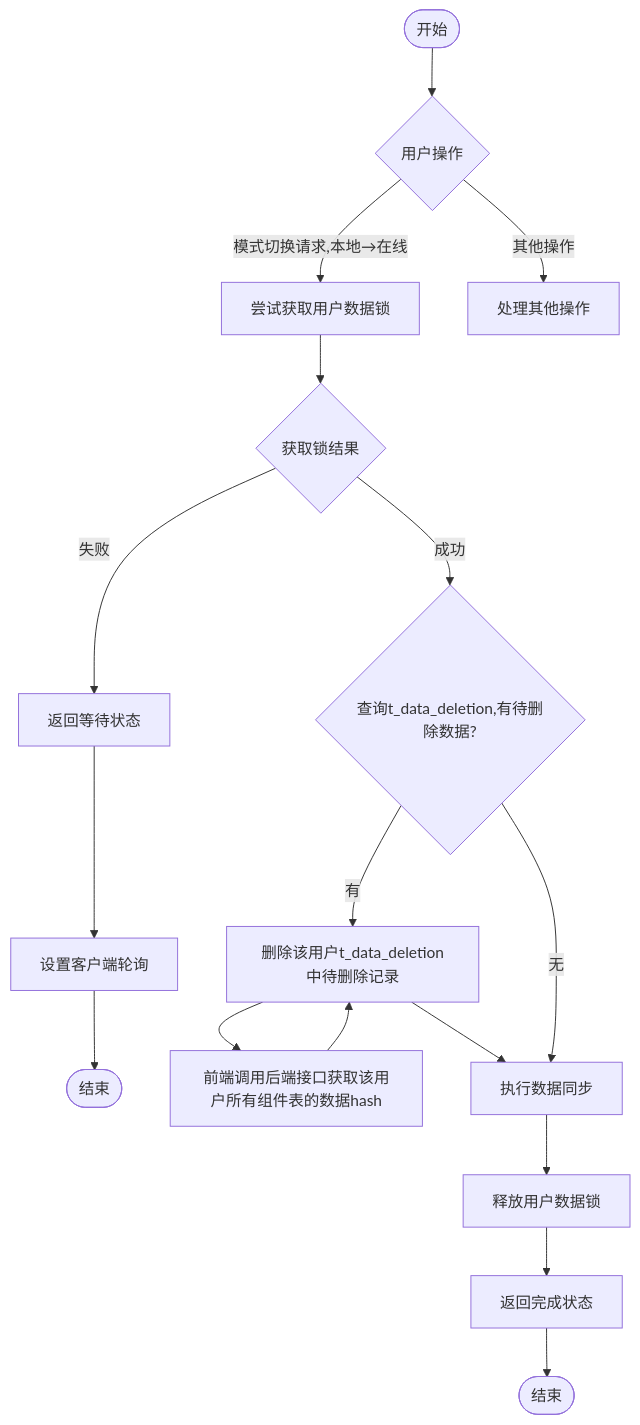
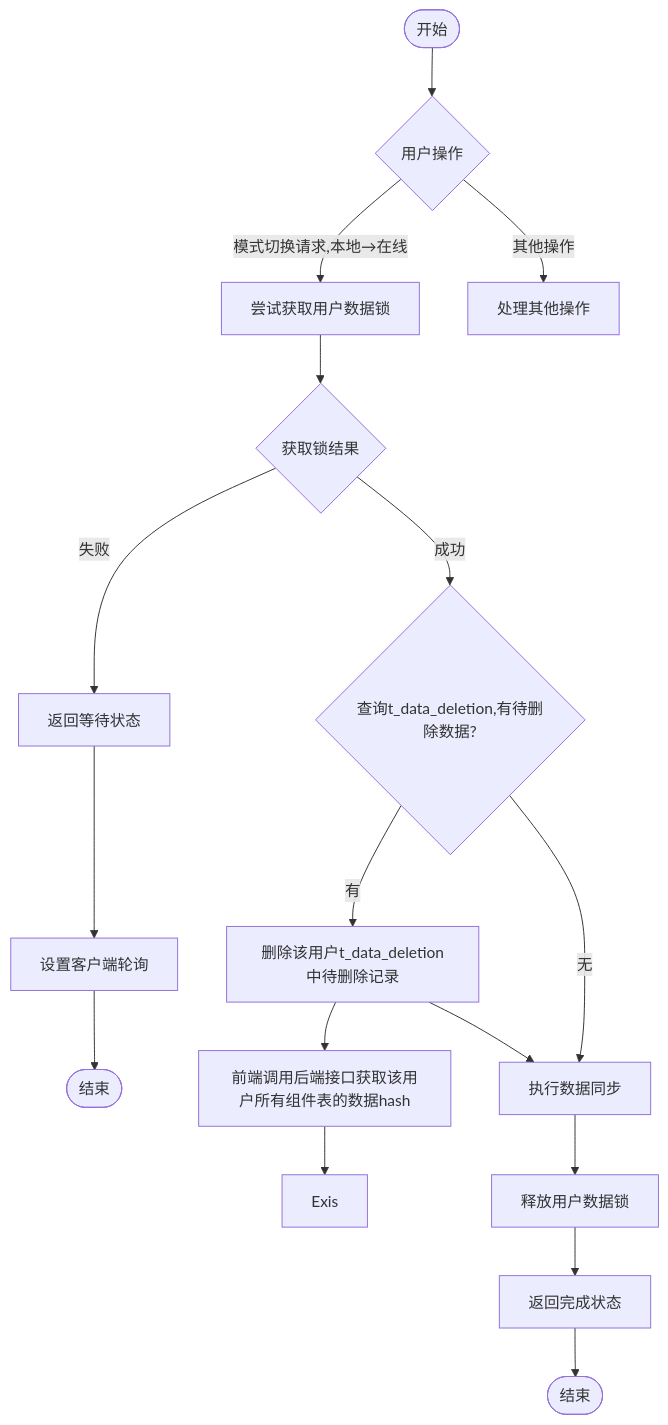
The diagram in all/未命名-57.md (yingjianzh/iodraw-files), drawn with Mermaid before and after one commit.

Commit message:
2025-05-12 11:31:35 update

````diff
--- a/all/未命名-57.md
+++ b/all/未命名-57.md
@@ -1,29 +1,29 @@
 ```mermaid
 
 flowchart TD
     %% 主要分支
     Start([开始]) --> UserAction{用户操作}
     UserAction -->|模式切换请求,本地→在线| TryLock[尝试获取用户数据锁]
     UserAction -->|其他操作| OtherOps[处理其他操作]
 
     %% 模式切换流程
     TryLock --> LockResult{获取锁结果}
     
     LockResult -->|失败| ReturnWaiting[返回等待状态]
     ReturnWaiting --> SetupPolling[设置客户端轮询]
     SetupPolling --> End1([结束])
     
     LockResult -->|成功| CheckPendingDeletion{查询t_data_deletion,有待删除数据?}
     
     CheckPendingDeletion -->|有| RemoveDeletionRecords[删除该用户t_data_deletion中待删除记录]
     RemoveDeletionRecords --> FrontGetComponentTableHash[前端调用后端接口获取该用户所有组件表的数据hash]
-    FrontGetComponentTableHash -->
+    FrontGetComponentTableHash --> Exis
     RemoveDeletionRecords --> PerformSync[执行数据同步]
     
     CheckPendingDeletion -->|无| PerformSync
     
     PerformSync --> ReleaseSwitchLock[释放用户数据锁]
     ReleaseSwitchLock --> ReturnComplete[返回完成状态]
     ReturnComplete --> End2([结束])
 
 ```
````
